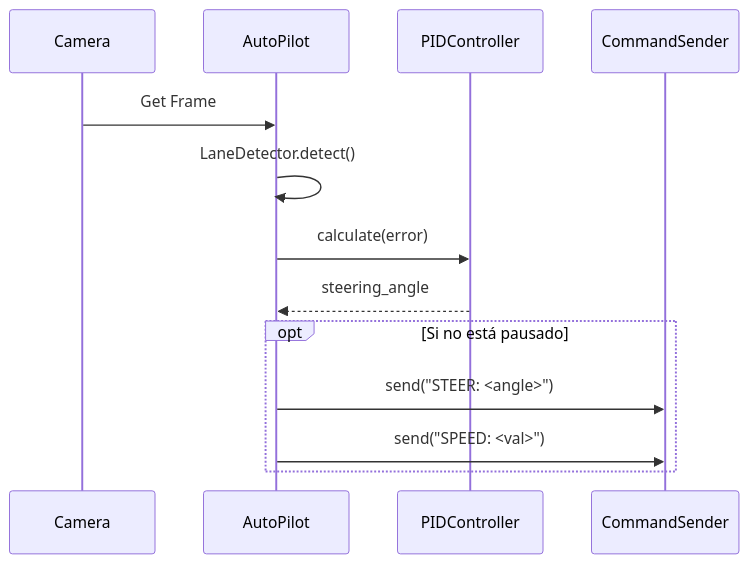
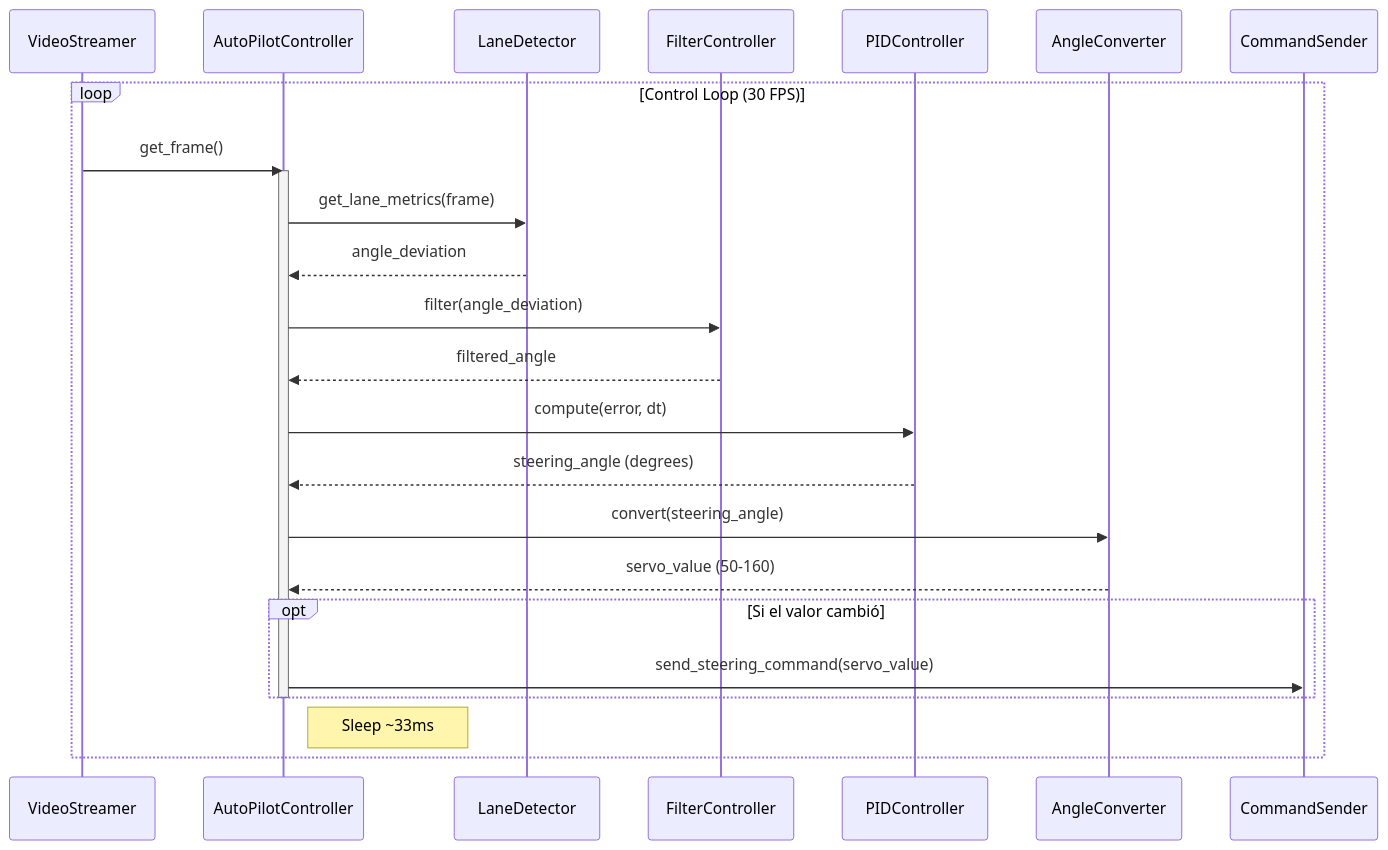
One commit to fongarciav/Equipo2024-brain changed the second of 3 diagrams in README.md. Above: the diagram before and after it, drawn with Mermaid. The commit also changed other lines of this file, not shown here.

````diff
--- a/README.md
+++ b/README.md
@@ -188,17 +196,34 @@
 ```mermaid
 sequenceDiagram
-    participant Cam as Camera
-    participant Auto as AutoPilot
+    participant Cam as VideoStreamer
+    participant Auto as AutoPilotController
+    participant Lane as LaneDetector
+    participant Filter as FilterController
     participant PID as PIDController
+    participant Conv as AngleConverter
     participant Serial as CommandSender
 
-    Cam->>Auto: Get Frame
-    Auto->>Auto: LaneDetector.detect()
-    Auto->>PID: calculate(error)
-    PID-->>Auto: steering_angle
-    
-    opt Si no está pausado
-        Auto->>Serial: send("STEER: <angle>")
-        Auto->>Serial: send("SPEED: <val>")
+    loop Control Loop (30 FPS)
+        Cam->>Auto: get_frame()
+        activate Auto
+        
+        Auto->>Lane: get_lane_metrics(frame)
+        Lane-->>Auto: angle_deviation
+        
+        Auto->>Filter: filter(angle_deviation)
+        Filter-->>Auto: filtered_angle
+        
+        Auto->>PID: compute(error, dt)
+        PID-->>Auto: steering_angle (degrees)
+        
+        Auto->>Conv: convert(steering_angle)
+        Conv-->>Auto: servo_value (50-160)
+        
+        opt Si el valor cambió
+            Auto->>Serial: send_steering_command(servo_value)
+        end
+        
+        deactivate Auto
+        Note right of Auto: Sleep ~33ms
     end
 ```
````
